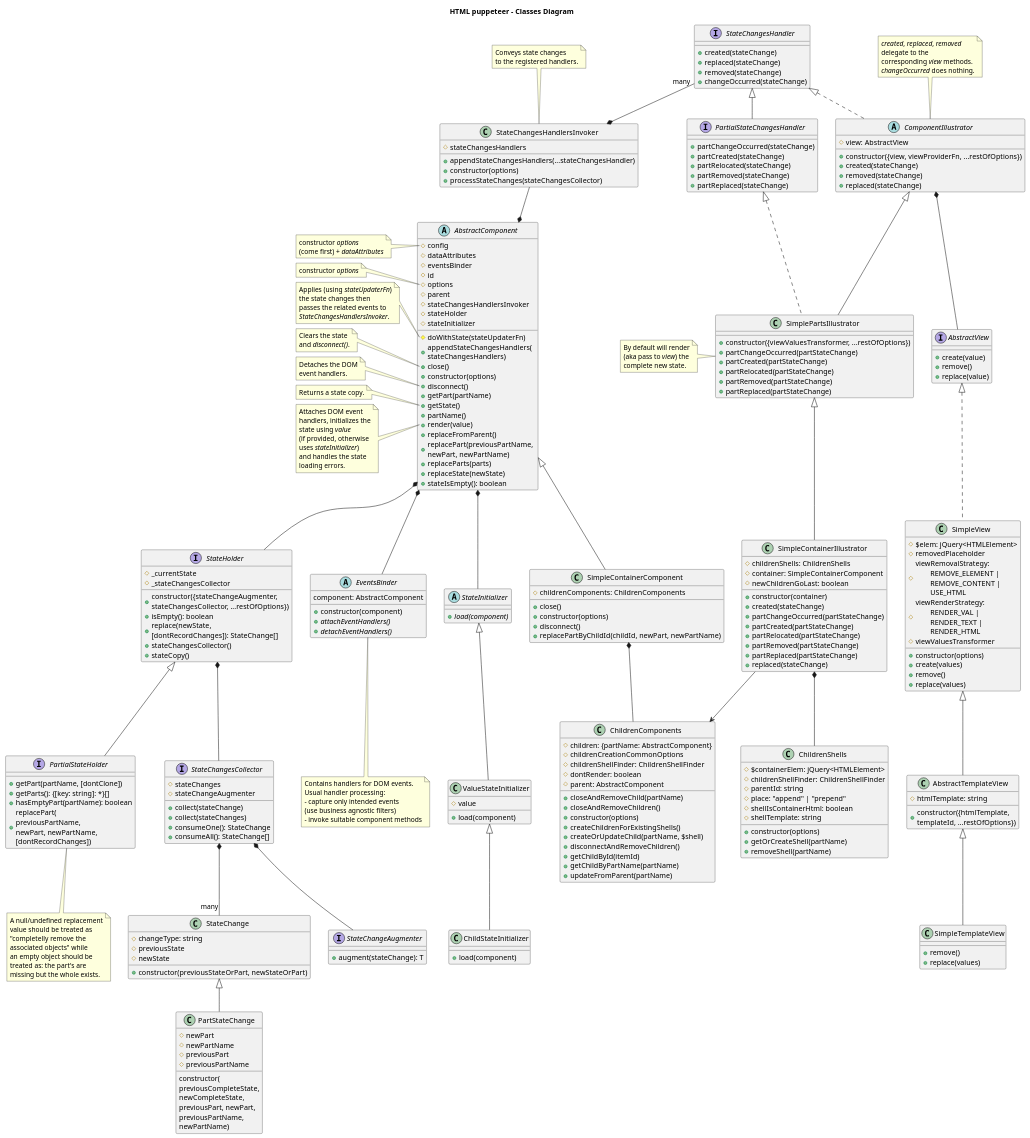
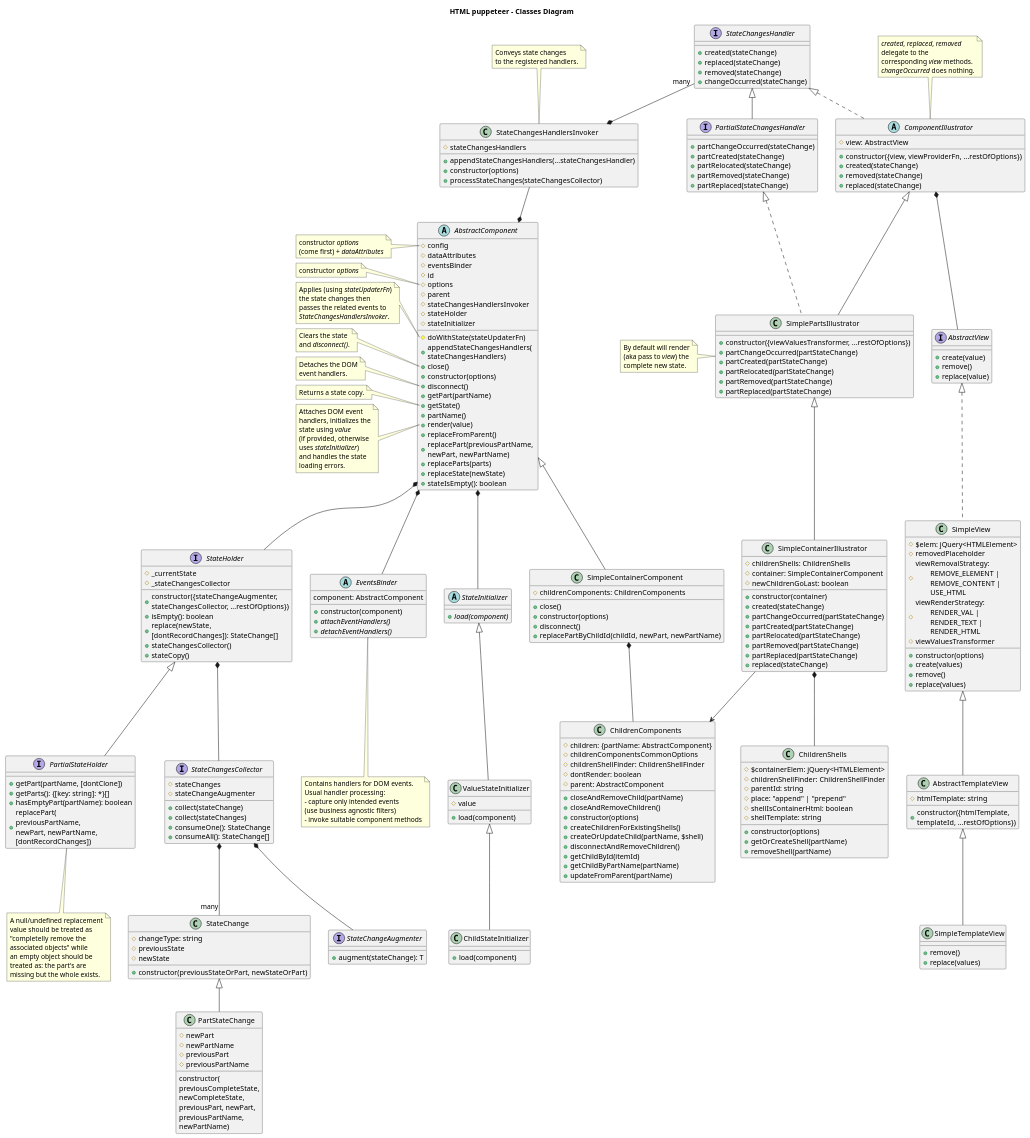
One commit to adrhc/html-puppeteer changed the diagram in design/classes-diagram-v1.puml. Above: the diagram before and after it, drawn with PlantUML. The commit also changed 7 other files, not shown here.

Commit message:
ChildrenCreationCommonOptions -> ChildrenComponentsCommonOptions

```diff
--- a/design/classes-diagram-v1.puml
+++ b/design/classes-diagram-v1.puml
@@ -145,7 +145,7 @@
 
 class ChildrenComponents {
 #children: {partName: AbstractComponent}
-#childrenCreationCommonOptions
+#childrenComponentsCommonOptions
 #childrenShellFinder: ChildrenShellFinder
 #dontRender: boolean
 #parent: AbstractComponent
```
